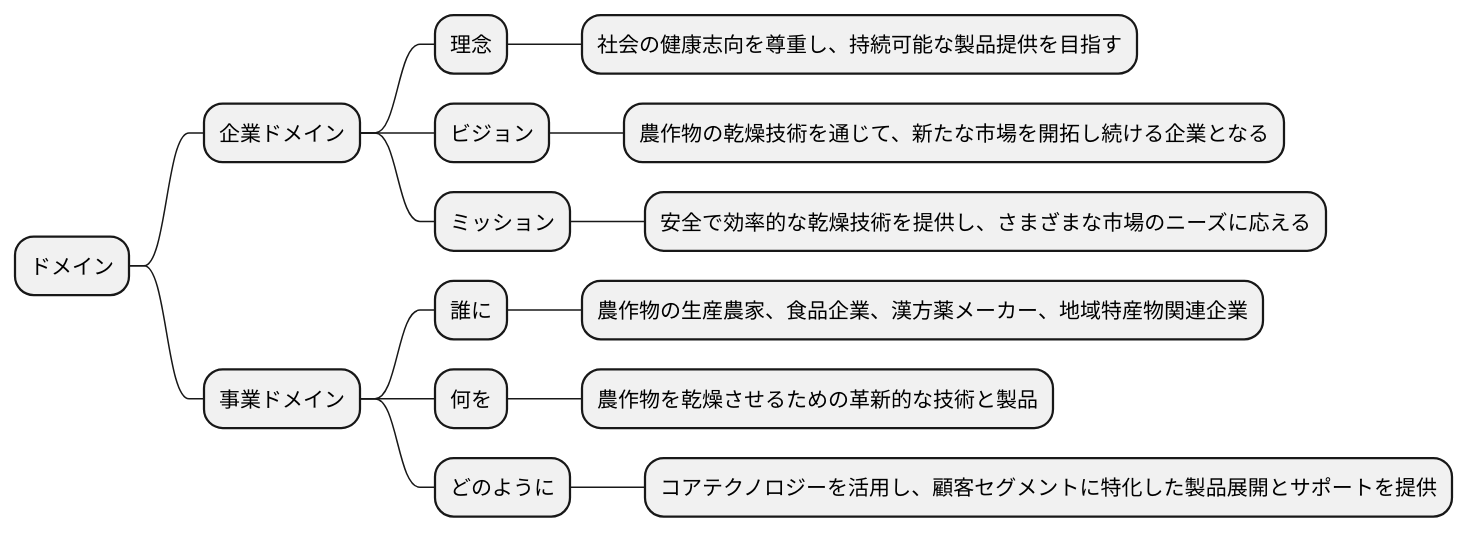
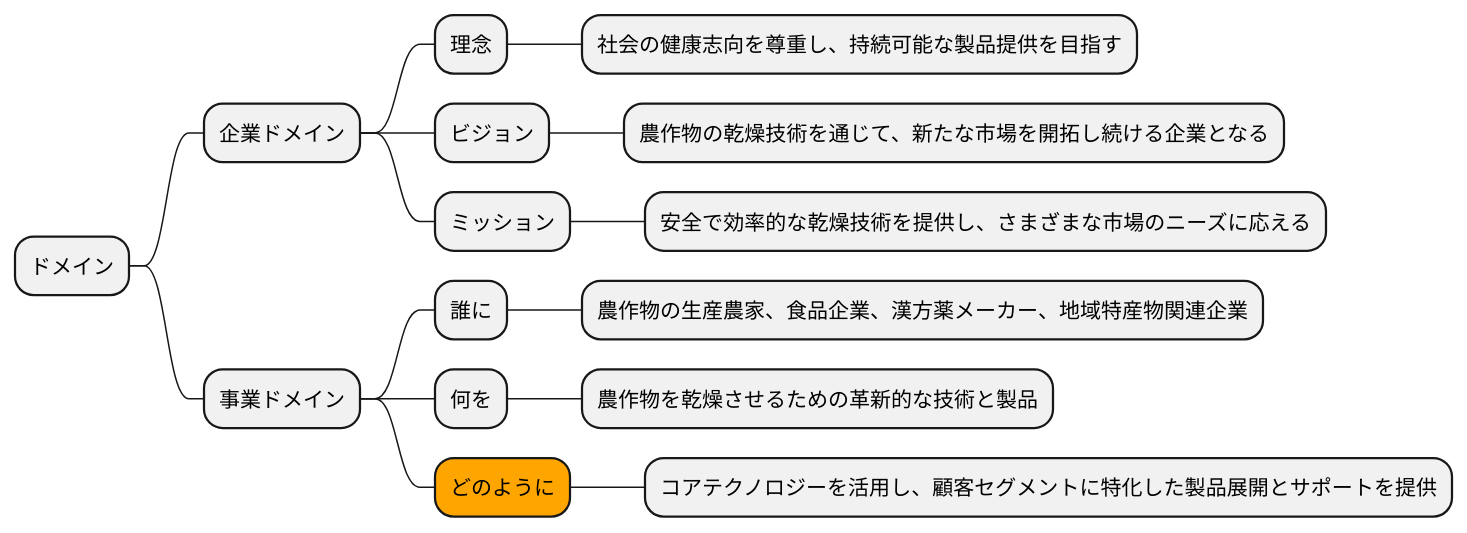
One commit to k2works/case-sutudy-business-analysis changed the fifth of 16 diagrams in docs/case/r01_case_1.adoc. Above: the diagram before and after it, drawn with PlantUML. The commit also changed other lines of this file, not shown here.

```diff
--- a/docs/case/r01_case_1.adoc
+++ b/docs/case/r01_case_1.adoc
@@ -170,23 +170,22 @@
 [plantuml]
 ----
 @startmindmap
 
 * ドメイン
 ** 企業ドメイン
 *** 理念
 **** 社会の健康志向を尊重し、持続可能な製品提供を目指す
 *** ビジョン
 **** 農作物の乾燥技術を通じて、新たな市場を開拓し続ける企業となる
 *** ミッション
 **** 安全で効率的な乾燥技術を提供し、さまざまな市場のニーズに応える
-
 ** 事業ドメイン
 *** 誰に
 **** 農作物の生産農家、食品企業、漢方薬メーカー、地域特産物関連企業
 *** 何を
 **** 農作物を乾燥させるための革新的な技術と製品
-*** どのように
+***[#orange] どのように
 **** コアテクノロジーを活用し、顧客セグメントに特化した製品展開とサポートを提供
 
 @endmindmap
 ----
```
